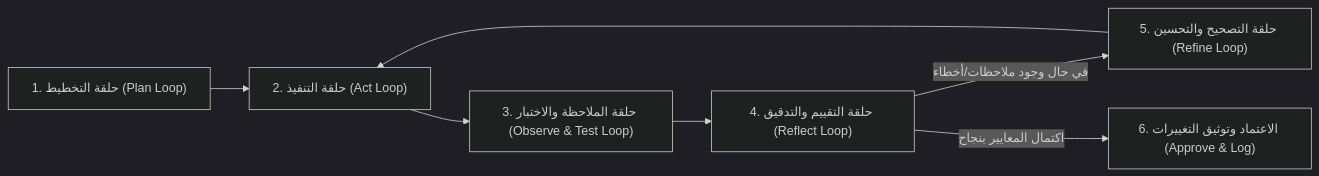
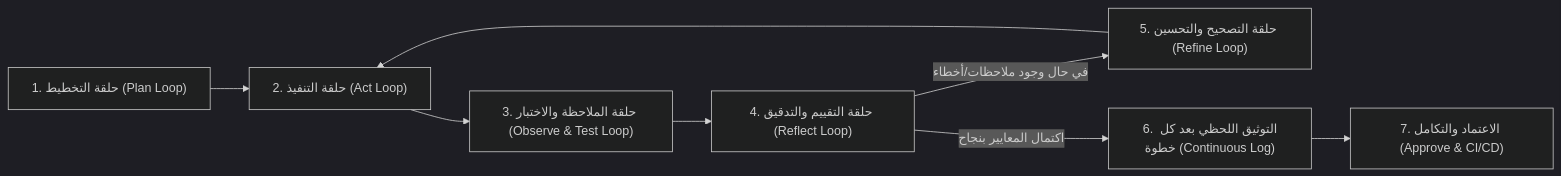
The diagram in GEMINI.md (jacobkhaled01-spec/PharmaConnect), drawn with Mermaid (dark theme) before and after one commit. The commit also changed other lines of this file and 15 other files, not shown here.

````diff
--- a/GEMINI.md
+++ b/GEMINI.md
@@ -12,9 +12,10 @@
 ```mermaid
 graph LR
     Plan["1. حلقة التخطيط (Plan Loop)"] --> Act["2. حلقة التنفيذ (Act Loop)"]
     Act --> Observe["3. حلقة الملاحظة والاختبار (Observe & Test Loop)"]
     Observe --> Reflect["4. حلقة التقييم والتدقيق (Reflect Loop)"]
     Reflect -->|"في حال وجود ملاحظات/أخطاء"| Refine["5. حلقة التصحيح والتحسين (Refine Loop)"]
     Refine --> Act
-    Reflect -->|"اكتمال المعايير بنجاح"| Approve["6. الاعتماد وتوثيق التغييرات (Approve & Log)"]
+    Reflect -->|"اكتمال المعايير بنجاح"| Doc["6. التوثيق اللحظي بعد كل خطوة (Continuous Log)"]
+    Doc --> Approve["7. الاعتماد والتكامل (Approve & CI/CD)"]
 ```
````
